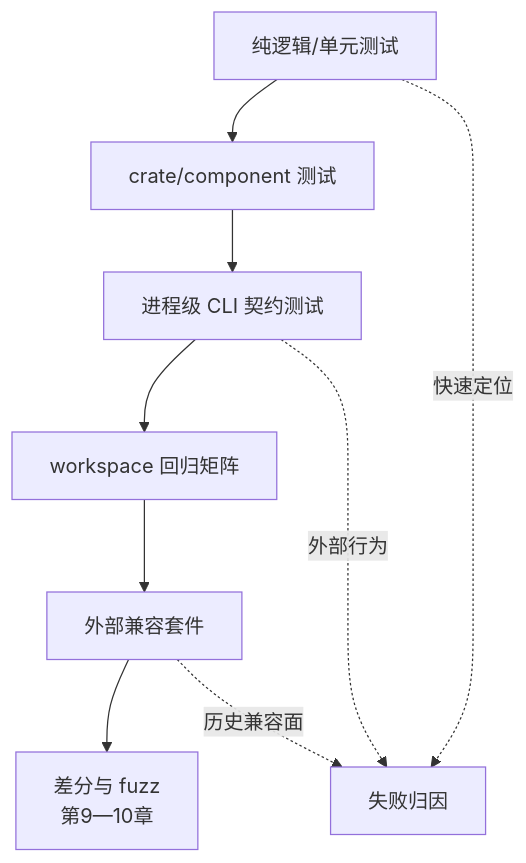
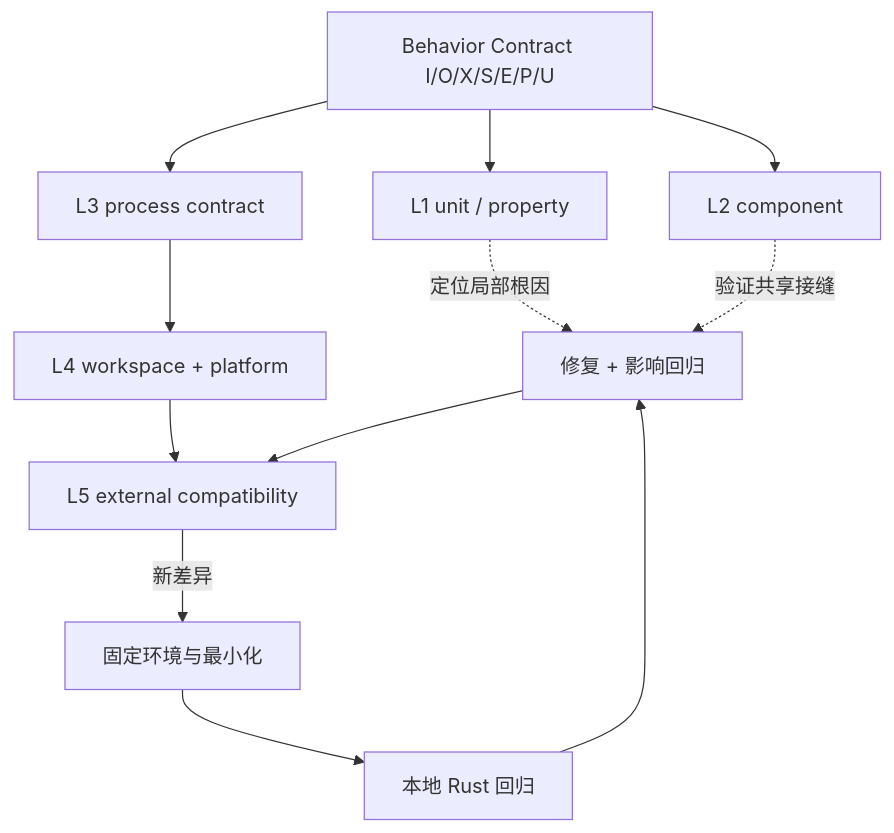
Before and after one commit to ZhangHanDong/coreutils: the diagram in book/src/part3/ch08-test-layers.md, drawn with Mermaid. The commit also changed other lines of this file, not shown here.

````diff
--- a/book/src/part3/ch08-test-layers.md
+++ b/book/src/part3/ch08-test-layers.md
@@ -14,11 +27,14 @@
 ```mermaid
 flowchart TB
-    U["纯逻辑/单元测试"] --> C["crate/component 测试"]
-    C --> P["进程级 CLI 契约测试"]
-    P --> W["workspace 回归矩阵"]
-    W --> X["外部兼容套件"]
-    X --> D["差分与 fuzz<br/>第9—10章"]
-    U -. "快速定位" .-> F["失败归因"]
-    P -. "外部行为" .-> F
-    X -. "历史兼容面" .-> F
+    K["Behavior Contract I/O/X/S/E/P/U"] --> U["L1 unit / property"]
+    K --> C["L2 component"]
+    K --> P["L3 process contract"]
+    P --> W["L4 workspace + platform"]
+    W --> X["L5 external compatibility"]
+    X -->|"新差异"| T["固定环境与最小化"]
+    T --> R["本地 Rust 回归"]
+    R --> F["修复 + 影响回归"]
+    F --> X
+    U -. "定位局部根因" .-> F
+    C -. "验证共享接缝" .-> F
 ```
````
